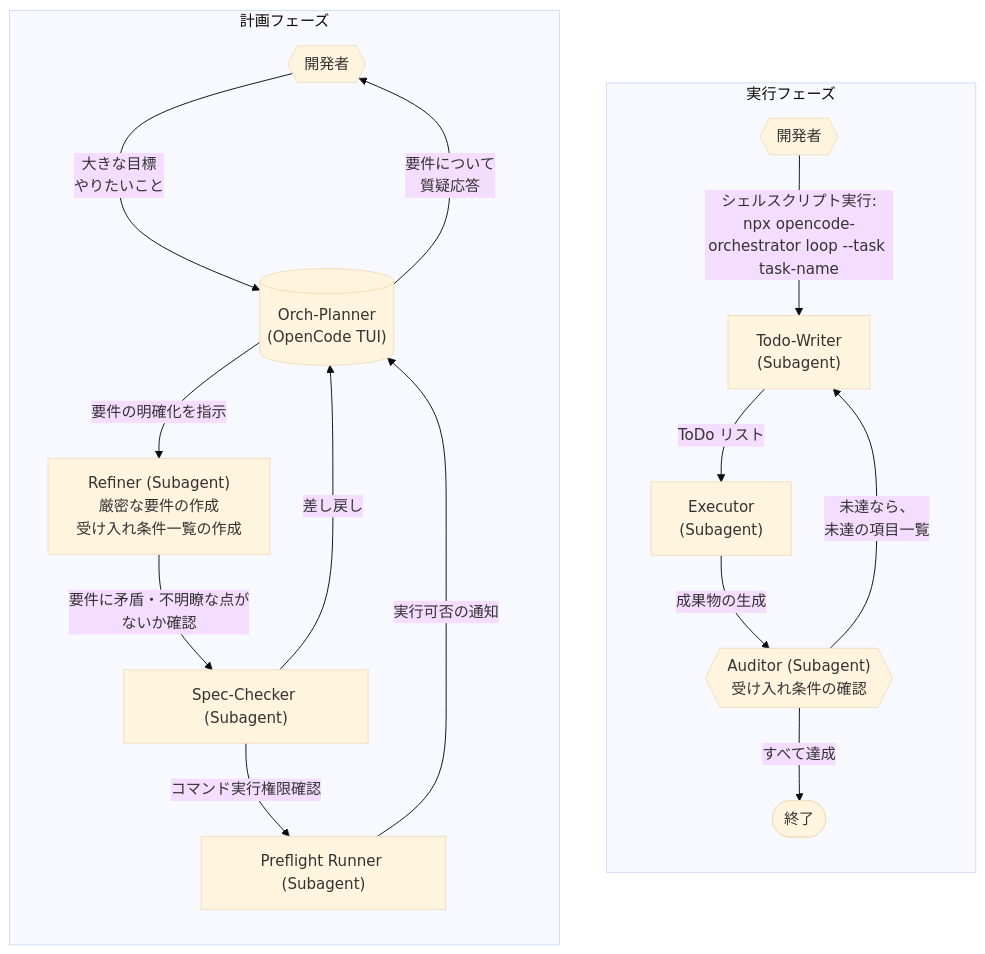
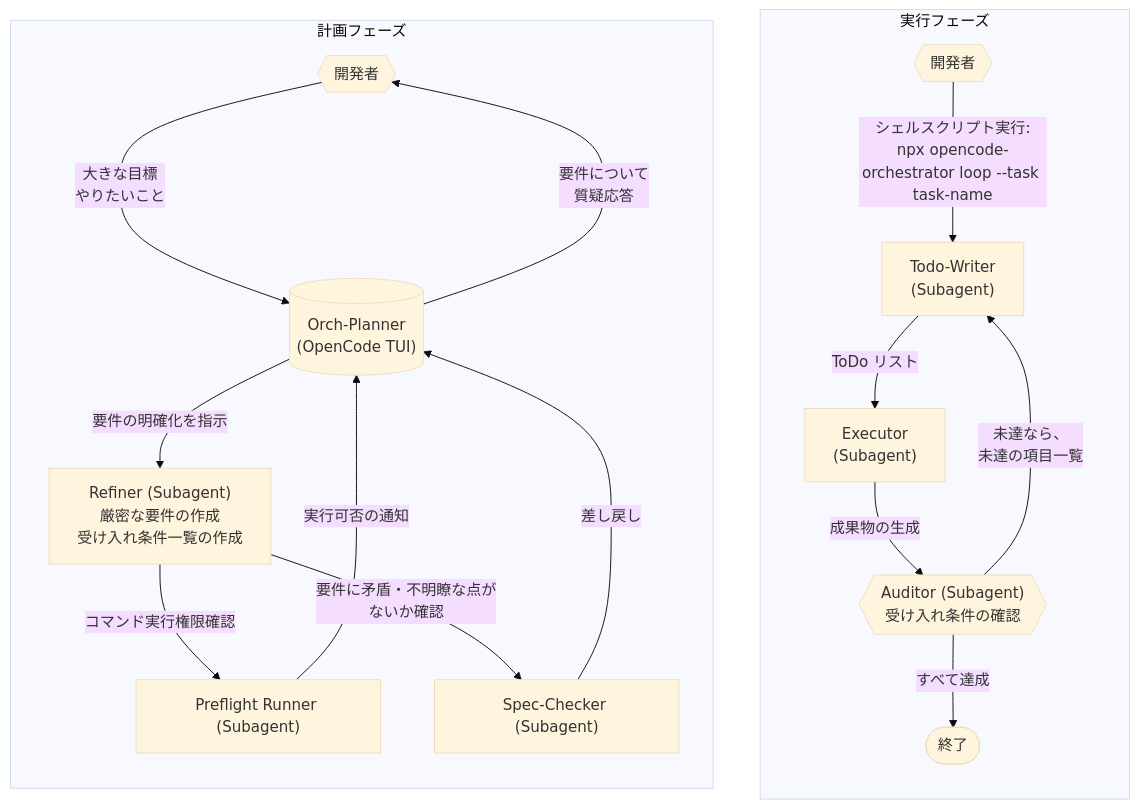
Before and after one commit to ZenkakuHiragana/opencode-orchestrator: the diagram in README.md, drawn with Mermaid (base theme). The commit also changed 4 other files, not shown here.

````diff
--- a/README.md
+++ b/README.md
@@ -38,31 +38,31 @@
 ```mermaid
 flowchart LR
   subgraph Planning["計画フェーズ"]
     direction TB
     Dev{{"開発者"}} --"大きな目標<br/>やりたいこと"-->
     Planner[("Orch-Planner<br/>(OpenCode TUI)")]
     Planner --"要件の明確化を指示"-->
     Refiner["Refiner (Subagent)<br/>厳密な要件の作成<br/>受け入れ条件一覧の作成"]
     Planner --"要件について<br/>質疑応答"---> Dev
+    Refiner --"コマンド実行権限確認"-->
+    Preflight-Runner["Preflight Runner (Subagent)"]
+    Preflight-Runner --"実行可否の通知"--> Planner
     Refiner --"要件に矛盾・不明瞭な点が<br/>ないか確認"-->
     Spec-Checker["Spec-Checker (Subagent)"]
     Spec-Checker --"差し戻し"--> Planner
-    Spec-Checker --"コマンド実行権限確認"-->
-    Preflight-Runner["Preflight Runner (Subagent)"]
-    Preflight-Runner --"実行可否の通知"--> Planner
   end
 
   subgraph Execution["実行フェーズ"]
     direction TB
      Dev2{{"開発者"}} --"シェルスクリプト実行:<br/>npx opencode-orchestrator loop --task task-name"-->
     TodoWriter["Todo-Writer<br/>(Subagent)"]
     --"ToDo リスト"-->
     Executor["Executor<br/>(Subagent)"]
     --"成果物の生成"-->
     Auditor{{"Auditor (Subagent)<br/>受け入れ条件の確認"}}
     --"未達なら、<br/>未達の項目一覧"--> TodoWriter
     Auditor --"すべて達成"--> End(["終了"])
   end
 
   Planning ~~~ Execution
 ```
````
